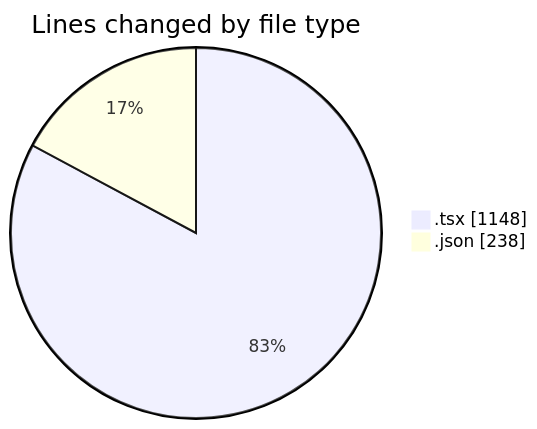
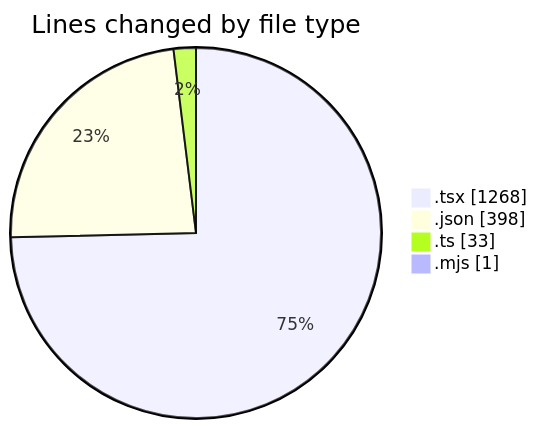
One commit to Elitesun/code-tracking changed the first of 2 diagrams in 2025-05-08/niten/README.md. Above: the diagram before and after it, drawn with Mermaid. The commit also changed other lines of this file and 1 other file, not shown here.

````diff
--- a/2025-05-08/niten/README.md
+++ b/2025-05-08/niten/README.md
@@ -26,6 +30,8 @@
 ```mermaid
 pie showData
 title Lines changed by file type
-".tsx" : 1148
-".json" : 238
+".tsx" : 1268
+".json" : 398
+".ts" : 33
+".mjs" : 1
 ```
````
